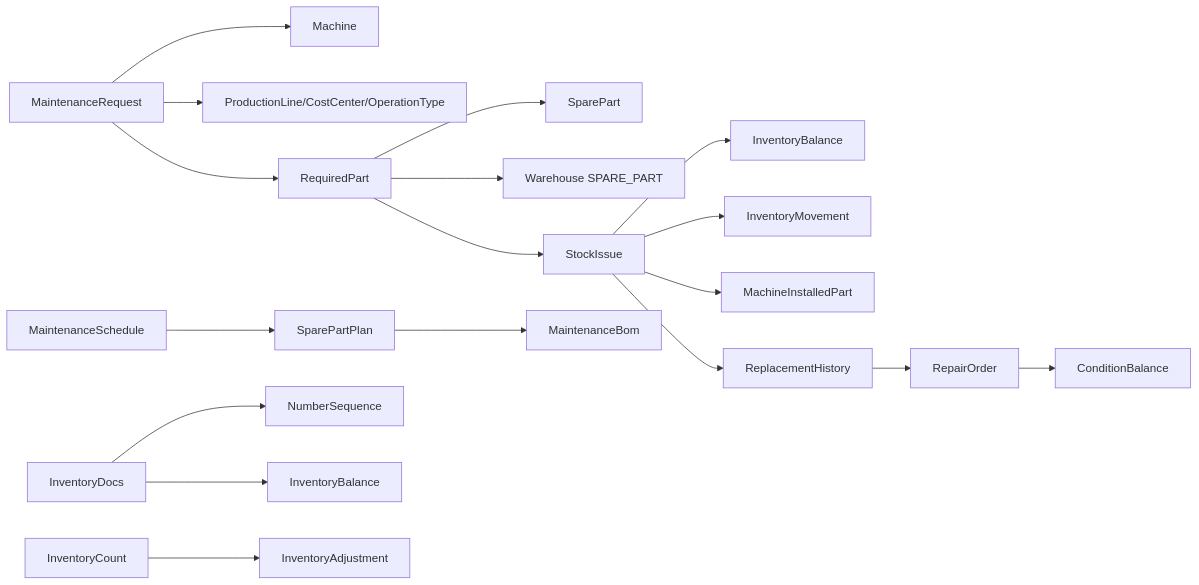
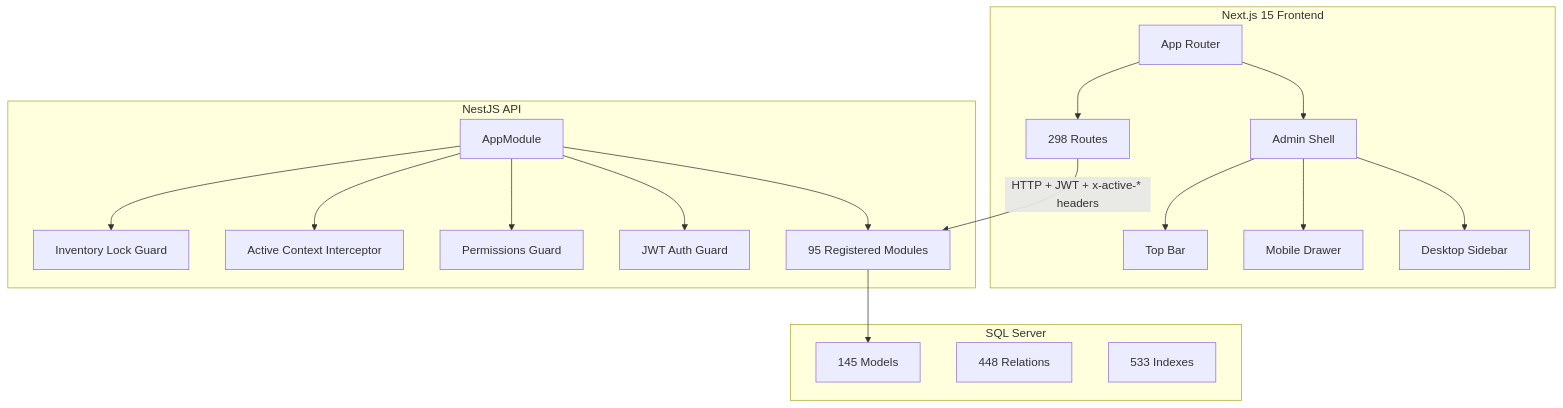
Before and after one commit to attef7474-byte/ATsoftERP: the eighth of 9 diagrams in docs/proofs/atsofterp-current-architecture-discovery-report.md, drawn with Mermaid. The commit also changed other lines of this file and 142 other files, not shown here.

````diff
--- a/docs/proofs/atsofterp-current-architecture-discovery-report.md
+++ b/docs/proofs/atsofterp-current-architecture-discovery-report.md
@@ -771,20 +1635,27 @@
 ```mermaid
-graph LR
-    MR[MaintenanceRequest] --> M[Machine]
-    MR --> PL[ProductionLine/CostCenter/OperationType]
-    MR --> RQP[RequiredPart]
-    RQP --> SP[SparePart]
-    RQP --> W[Warehouse SPARE_PART]
-    RQP --> SI[StockIssue]
-    SI --> IB[InventoryBalance]
-    SI --> IM[InventoryMovement]
-    SI --> IP[MachineInstalledPart]
-    SI --> RH[ReplacementHistory]
-    RH --> RO[RepairOrder]
-    RO --> CB[ConditionBalance]
-    SCH[MaintenanceSchedule] --> PLP[SparePartPlan]
-    PLP --> BOM[MaintenanceBom]
-    DOCS[InventoryDocs] --> NS[NumberSequence]
-    DOCS --> IB2[InventoryBalance]
-    IC[InventoryCount] --> IA[InventoryAdjustment]
+graph TB
+    subgraph Frontend["Next.js 15 Frontend"]
+        A[App Router] --> B[Admin Shell]
+        B --> C[Desktop Sidebar]
+        B --> D[Mobile Drawer]
+        B --> E[Top Bar]
+        A --> F[298 Routes]
+    end
+    
+    subgraph API["NestJS API"]
+        G[AppModule] --> H[95 Registered Modules]
+        G --> I[JWT Auth Guard]
+        G --> J[Permissions Guard]
+        G --> K[Active Context Interceptor]
+        G --> L[Inventory Lock Guard]
+    end
+    
+    subgraph Database["SQL Server"]
+        M[145 Models]
+        N[448 Relations]
+        O[533 Indexes]
+    end
+    
+    F -->|"HTTP + JWT + x-active-* headers"| H
+    H --> M
 ```
````
